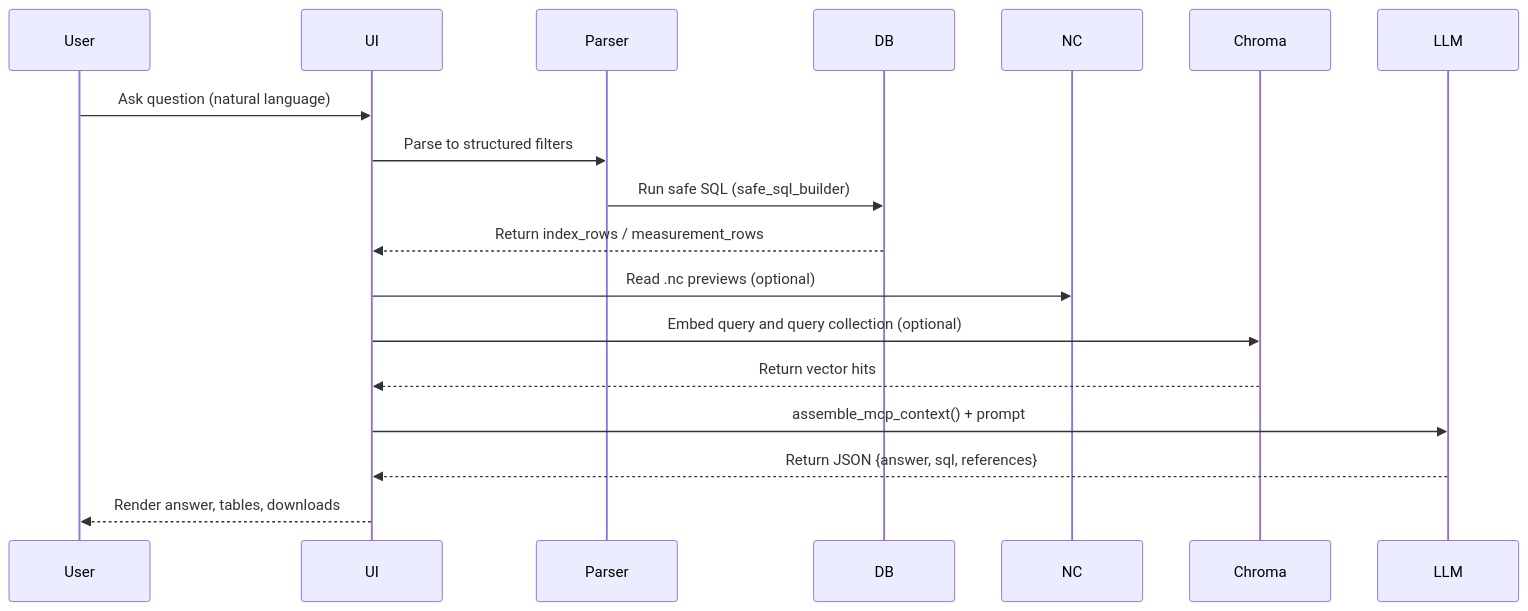
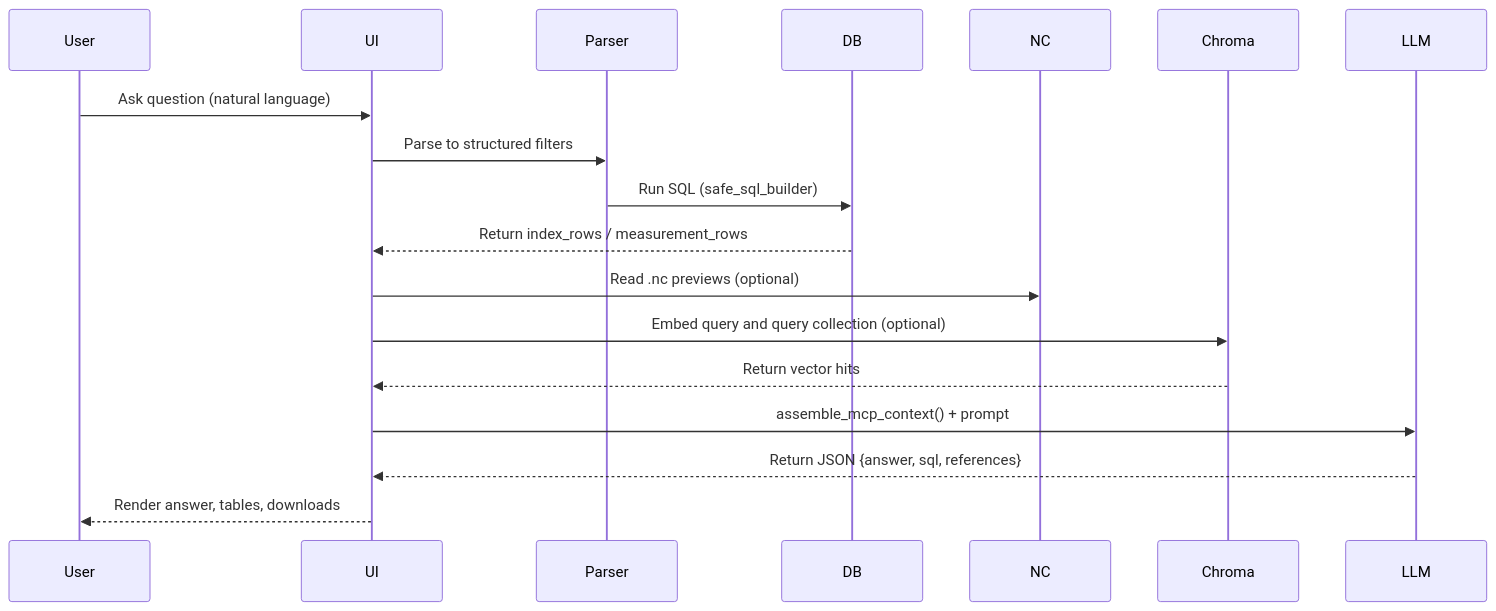
The second of 3 diagrams in README.md (ayushaks999/OceanForge_AI), drawn with Mermaid before and after one commit. The commit also changed other lines of this file, not shown here.

````diff
--- a/README.md
+++ b/README.md
@@ -134,21 +264,21 @@
 ```mermaid
 sequenceDiagram
   participant User
   participant UI
   participant Parser
   participant DB
   participant NC
   participant Chroma
   participant LLM
 
   User->>UI: Ask question (natural language)
   UI->>Parser: Parse to structured filters
-  Parser->>DB: Run safe SQL (safe_sql_builder)
+  Parser->>DB: Run SQL (safe_sql_builder)
   DB-->>UI: Return index_rows / measurement_rows
   UI->>NC: Read .nc previews (optional)
   UI->>Chroma: Embed query and query collection (optional)
   Chroma-->>UI: Return vector hits
   UI->>LLM: assemble_mcp_context() + prompt
   LLM-->>UI: Return JSON {answer, sql, references}
   UI-->>User: Render answer, tables, downloads
 ```
````
